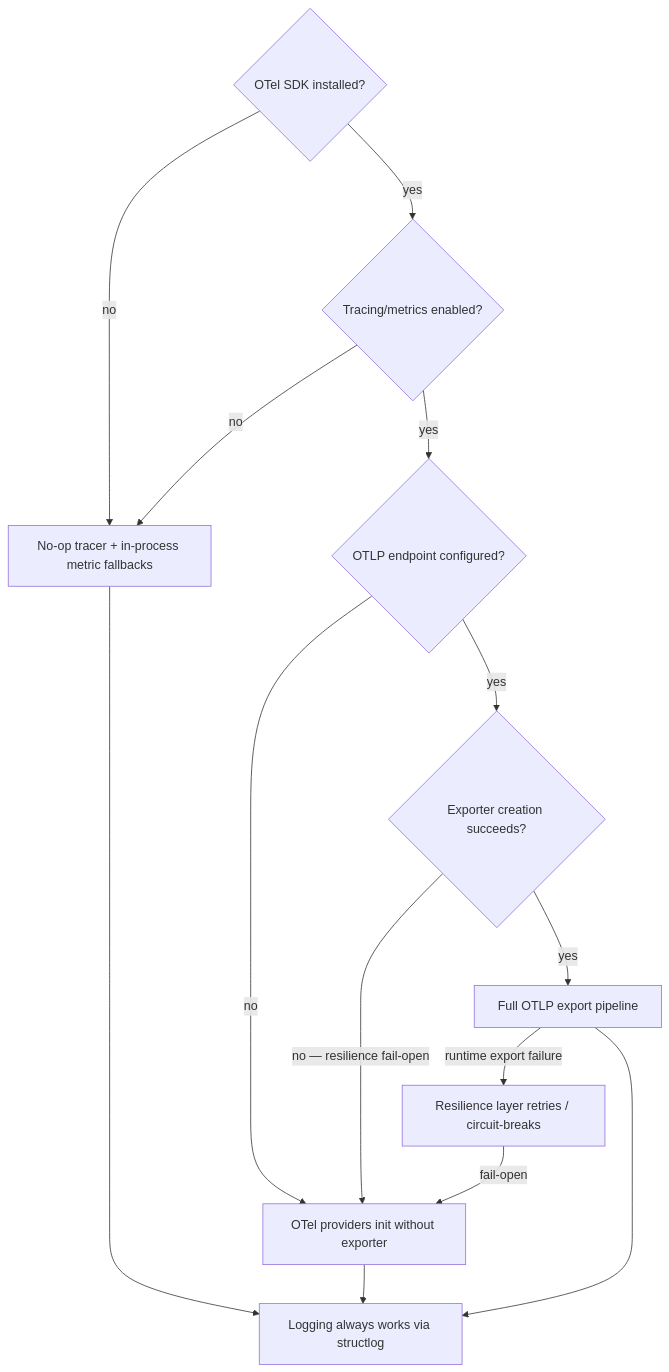
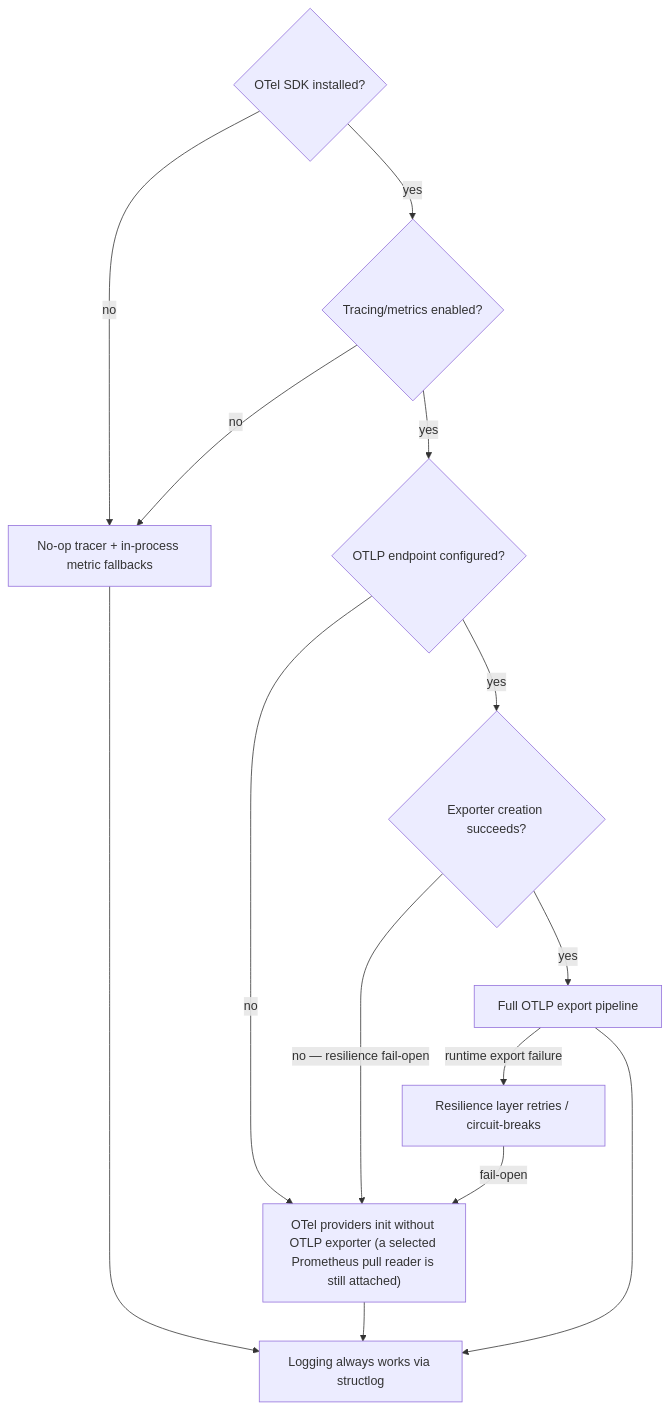
The third of 3 diagrams in docs/internal/internals.md (provide-io/provide-telemetry), drawn with Mermaid before and after one commit. The commit also changed other lines of this file and 393 other files, not shown here.

````diff
--- a/docs/internal/internals.md
+++ b/docs/internal/internals.md
@@ -211,17 +249,17 @@
 ```mermaid
 flowchart TD
     A{"OTel SDK installed?"} -->|no| B["No-op tracer + in-process metric fallbacks"]
     A -->|yes| A2{"Tracing/metrics enabled?"}
     A2 -->|no| B
     A2 -->|yes| C{"OTLP endpoint configured?"}
-    C -->|no| D["OTel providers init without exporter"]
+    C -->|no| D["OTel providers init without OTLP exporter (a selected Prometheus pull reader is still attached)"]
     C -->|yes| E{"Exporter creation succeeds?"}
     E -->|"no — resilience fail-open"| D
     E -->|yes| F["Full OTLP export pipeline"]
     F -->|"runtime export failure"| D2["Resilience layer retries / circuit-breaks"]
     D2 -->|"fail-open"| D
 
     B --> G["Logging always works via structlog"]
     D --> G
     F --> G
 ```
````
